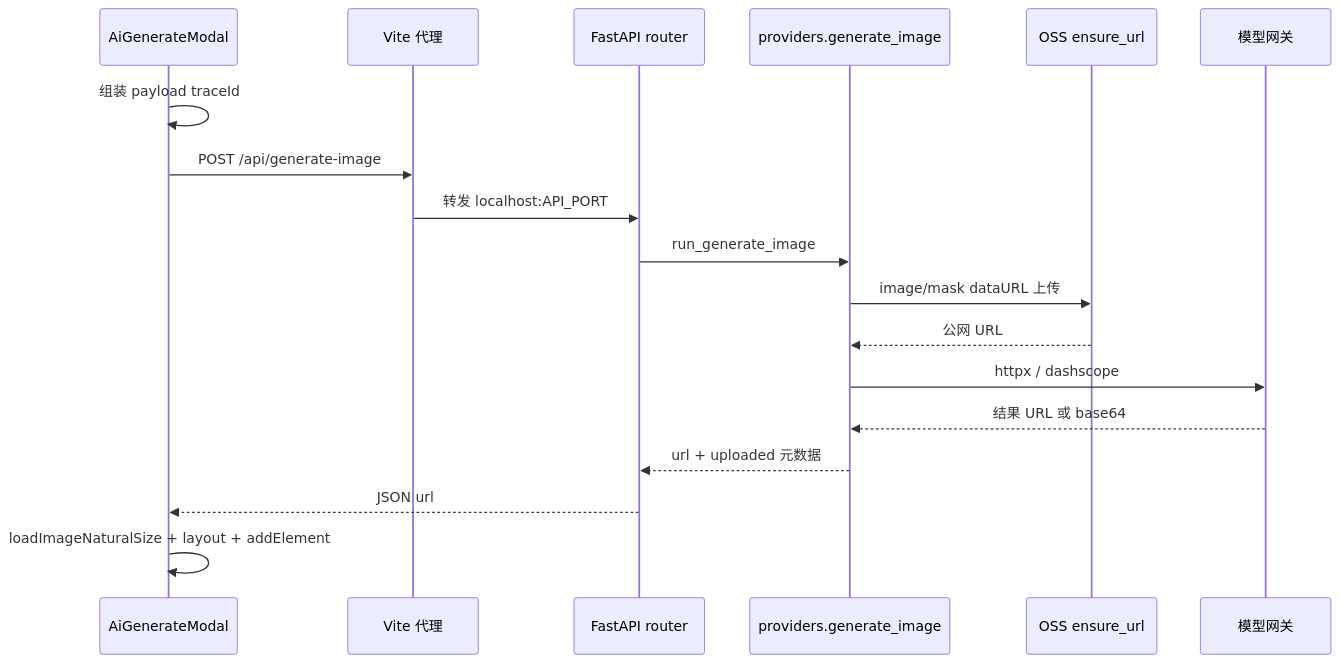
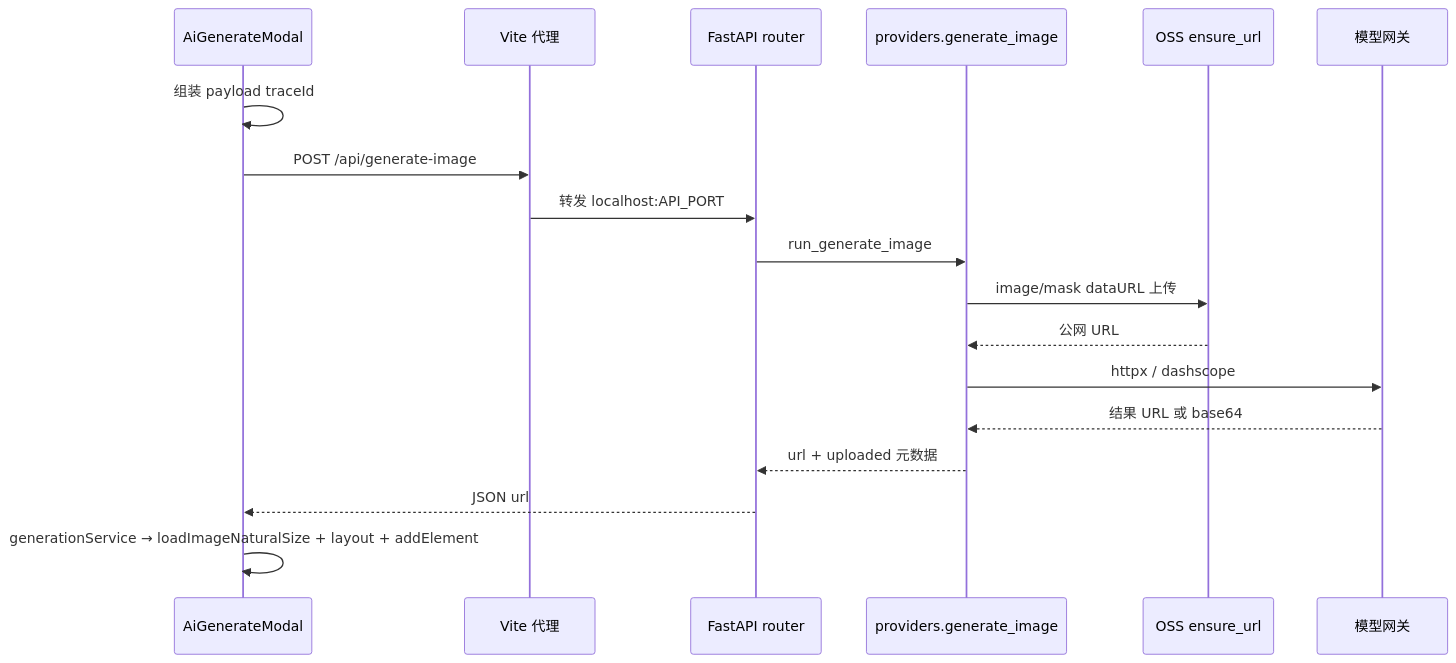
One commit to chenjialin555/ai-canvas changed the sixth of 11 diagrams in doc/PROJECT_ARCHITECTURE.md. Above: the diagram before and after it, drawn with Mermaid. The commit also changed other lines of this file and 4 other files, not shown here.

````diff
--- a/doc/PROJECT_ARCHITECTURE.md
+++ b/doc/PROJECT_ARCHITECTURE.md
@@ -396,21 +418,21 @@
 ```mermaid
 sequenceDiagram
   participant UI as AiGenerateModal
   participant Vite as Vite 代理
   participant API as FastAPI router
   participant Gen as providers.generate_image
   participant OSS as OSS ensure_url
   participant M as 模型网关
 
   UI->>UI: 组装 payload traceId
   UI->>Vite: POST /api/generate-image
   Vite->>API: 转发 localhost:API_PORT
   API->>Gen: run_generate_image
   Gen->>OSS: image/mask dataURL 上传
   OSS-->>Gen: 公网 URL
   Gen->>M: httpx / dashscope
   M-->>Gen: 结果 URL 或 base64
   Gen-->>API: url + uploaded 元数据
   API-->>UI: JSON url
-  UI->>UI: loadImageNaturalSize + layout + addElement
+  UI->>UI: generationService → loadImageNaturalSize + layout + addElement
 ```
````
